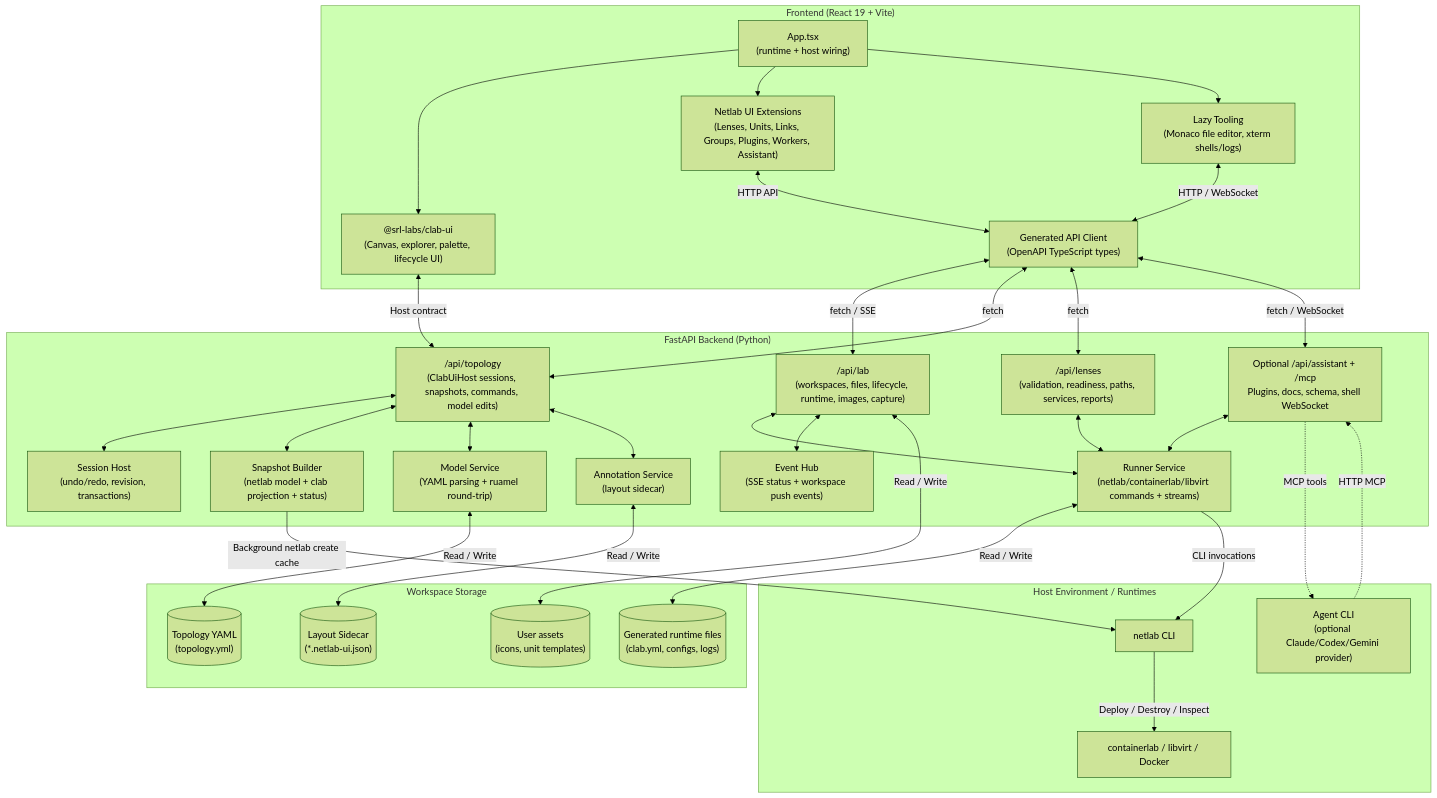
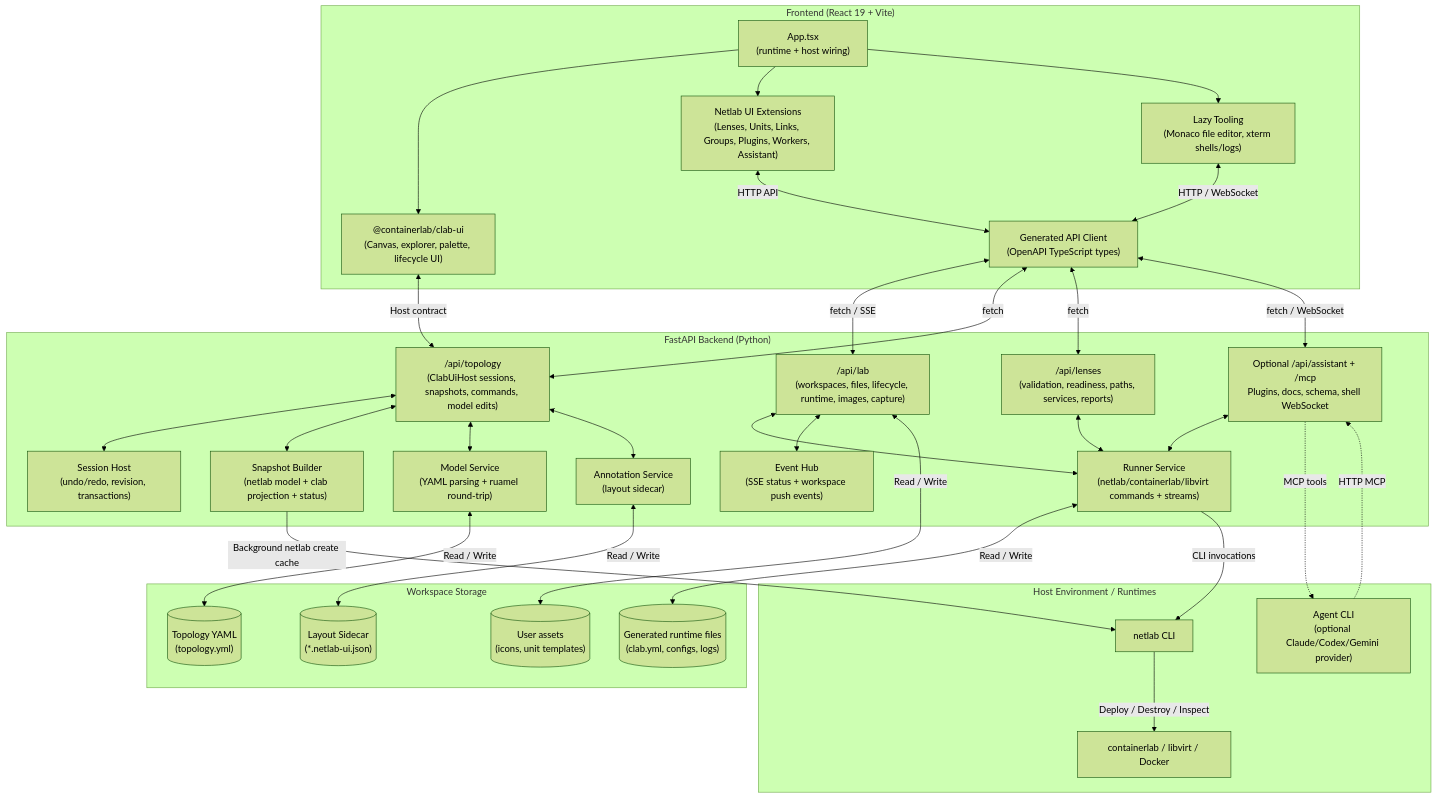
The first of 3 diagrams in README.md (Muddyblack/netlab-ui), drawn with Mermaid (forest theme) before and after one commit. The commit also changed other lines of this file and 57 other files, not shown here.

````diff
--- a/README.md
+++ b/README.md
@@ -35,67 +35,67 @@
 ```mermaid
 flowchart TD
     subgraph Frontend ["Frontend (React 19 + Vite)"]
         App["App.tsx<br>(runtime + host wiring)"]
-        Canvas["@srl-labs/clab-ui<br>(Canvas, explorer, palette, lifecycle UI)"]
+        Canvas["@containerlab/clab-ui<br>(Canvas, explorer, palette, lifecycle UI)"]
         Panels["Netlab UI Extensions<br>(Lenses, Units, Links, Groups, Plugins, Workers, Assistant)"]
         Editor["Lazy Tooling<br>(Monaco file editor, xterm shells/logs)"]
         Client["Generated API Client<br>(OpenAPI TypeScript types)"]
     end
 
     subgraph Backend ["FastAPI Backend (Python)"]
         Contract["/api/topology<br>(ClabUiHost sessions, snapshots, commands, model edits)"]
         Lab["/api/lab<br>(workspaces, files, lifecycle, runtime, images, capture)"]
         Lenses["/api/lenses<br>(validation, readiness, paths, services, reports)"]
         Extras["Optional /api/assistant + /mcp<br>Plugins, docs, schema, shell WebSocket"]
         HostState["Session Host<br>(undo/redo, revision, transactions)"]
         Snapshot["Snapshot Builder<br>(netlab model + clab projection + status)"]
         Model["Model Service<br>(YAML parsing + ruamel round-trip)"]
         Annotations["Annotation Service<br>(layout sidecar)"]
         Runner["Runner Service<br>(netlab/containerlab/libvirt commands + streams)"]
         Events["Event Hub<br>(SSE status + workspace push events)"]
     end
 
     subgraph Host ["Host Environment / Runtimes"]
         NetlabCLI["netlab CLI"]
         Providers["containerlab / libvirt / Docker"]
         AgentCLI["Agent CLI<br>(optional Claude/Codex/Gemini provider)"]
     end
 
     subgraph Storage ["Workspace Storage"]
         NetlabYAML[("Topology YAML<br>(topology.yml)")]
         Sidecar[("Layout Sidecar<br>(*.netlab-ui.json)")]
         RuntimeFiles[("Generated runtime files<br>(clab.yml, configs, logs)")]
         IconsUnits[("User assets<br>(icons, unit templates)")]
     end
 
     App --> Canvas
     App --> Panels
     App --> Editor
     Canvas <-->|Host contract| Contract
     Panels <-->|HTTP API| Client
     Editor <-->|HTTP / WebSocket| Client
     Client <-->|fetch / SSE| Lab
     Client <-->|fetch| Contract
     Client <-->|fetch| Lenses
     Client <-->|fetch / WebSocket| Extras
 
     Contract <--> HostState
     Contract <--> Snapshot
     Contract <--> Model
     Contract <--> Annotations
     Lab <--> Runner
     Lab <--> Events
     Lenses <--> Runner
     Extras <--> Runner
 
     Annotations <-->|Read / Write| Sidecar
     Model <-->|Read / Write| NetlabYAML
     Runner <-->|Read / Write| RuntimeFiles
     Lab <-->|Read / Write| IconsUnits
 
     Runner -->|CLI invocations| NetlabCLI
     NetlabCLI -->|Deploy / Destroy / Inspect| Providers
     Snapshot -->|Background netlab create cache| NetlabCLI
     Extras -.->|MCP tools| AgentCLI
     AgentCLI -.->|HTTP MCP| Extras
 ```
````
